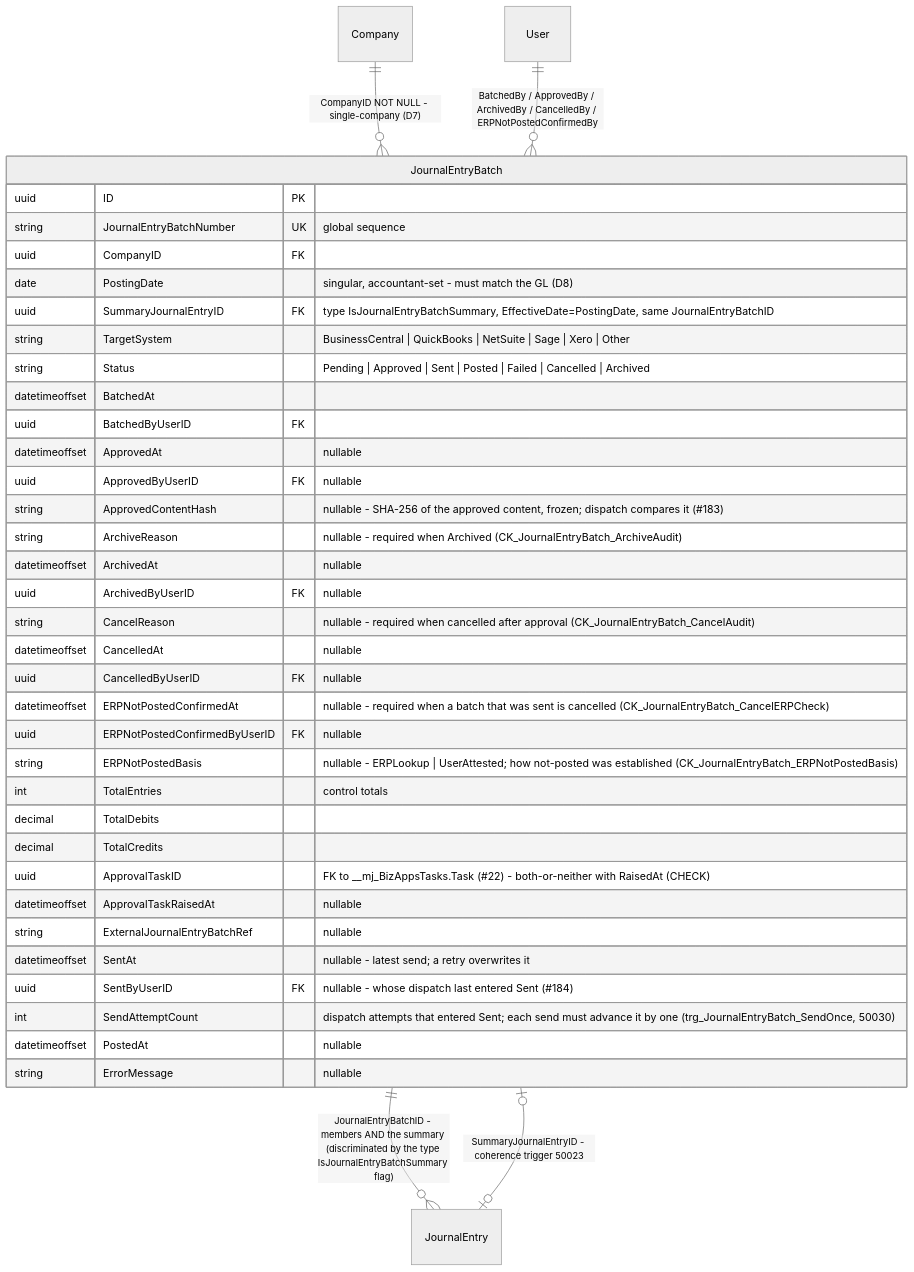
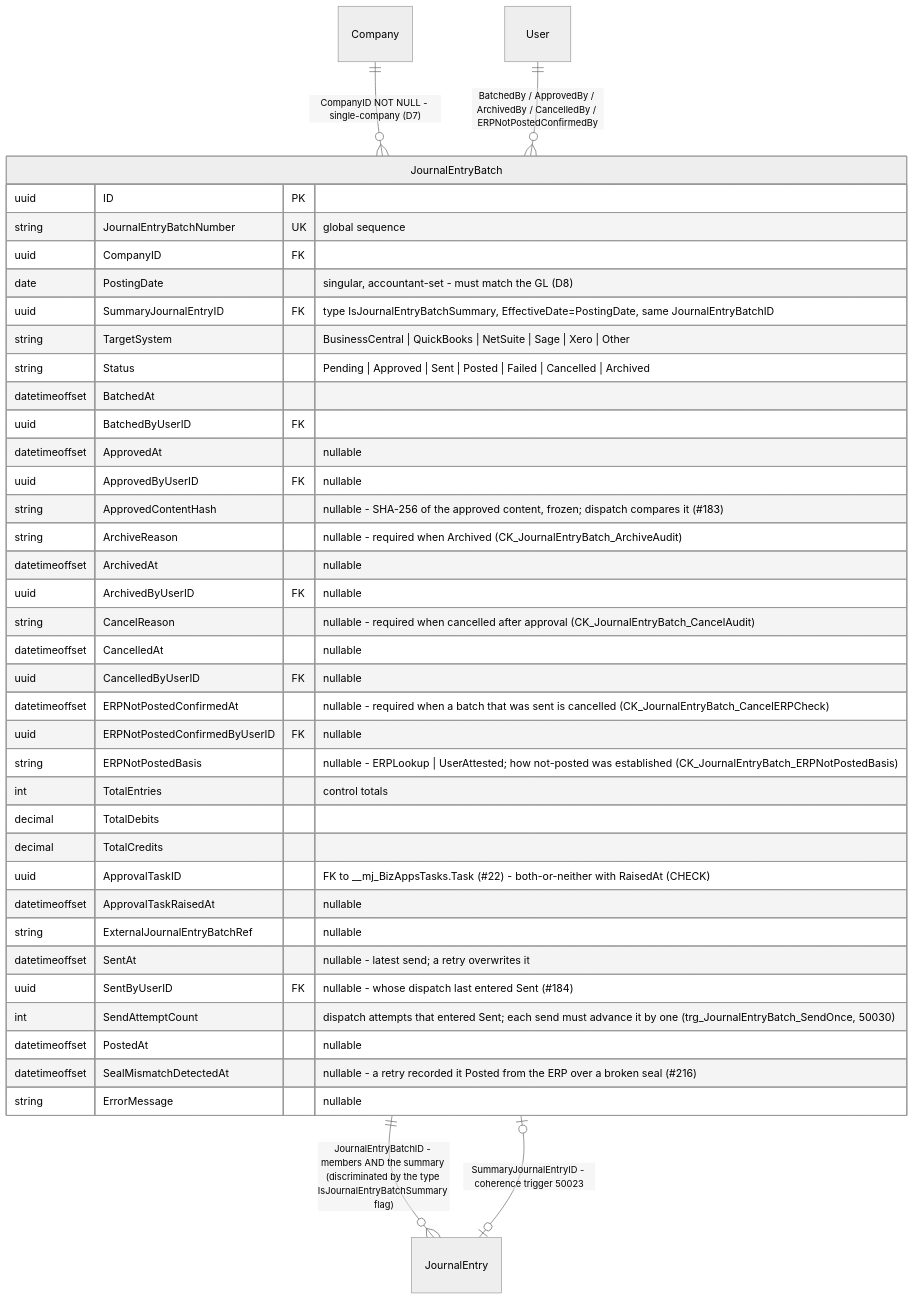
The eighth of 14 diagrams in docs/bizapps-accounting-erd.md (MemberJunction/bizapps-accounting), drawn with Mermaid (neutral theme) before and after one commit. The commit also changed other lines of this file and 16 other files, not shown here.

First line of the commit message:
fix(accounting): a Failed retry records the ERP's posting even over a broken seal (#216)

````diff
--- a/docs/bizapps-accounting-erd.md
+++ b/docs/bizapps-accounting-erd.md
@@ -733,42 +734,43 @@
 ```mermaid
 erDiagram
     Company ||--o{ JournalEntryBatch : "CompanyID NOT NULL - single-company (D7)"
     JournalEntryBatch ||--o{ JournalEntry : "JournalEntryBatchID - members AND the summary (discriminated by the type IsJournalEntryBatchSummary flag)"
     JournalEntryBatch |o--o| JournalEntry : "SummaryJournalEntryID - coherence trigger 50023"
     User ||--o{ JournalEntryBatch : "BatchedBy / ApprovedBy / ArchivedBy / CancelledBy / ERPNotPostedConfirmedBy"
 
     JournalEntryBatch {
         uuid ID PK
         string JournalEntryBatchNumber UK "global sequence"
         uuid CompanyID FK
         date PostingDate "singular, accountant-set - must match the GL (D8)"
         uuid SummaryJournalEntryID FK "type IsJournalEntryBatchSummary, EffectiveDate=PostingDate, same JournalEntryBatchID"
         string TargetSystem "BusinessCentral | QuickBooks | NetSuite | Sage | Xero | Other"
         string Status "Pending | Approved | Sent | Posted | Failed | Cancelled | Archived"
         datetimeoffset BatchedAt
         uuid BatchedByUserID FK
         datetimeoffset ApprovedAt "nullable"
         uuid ApprovedByUserID FK "nullable"
         string ApprovedContentHash "nullable - SHA-256 of the approved content, frozen; dispatch compares it (#183)"
         string ArchiveReason "nullable - required when Archived (CK_JournalEntryBatch_ArchiveAudit)"
         datetimeoffset ArchivedAt "nullable"
         uuid ArchivedByUserID FK "nullable"
         string CancelReason "nullable - required when cancelled after approval (CK_JournalEntryBatch_CancelAudit)"
         datetimeoffset CancelledAt "nullable"
         uuid CancelledByUserID FK "nullable"
         datetimeoffset ERPNotPostedConfirmedAt "nullable - required when a batch that was sent is cancelled (CK_JournalEntryBatch_CancelERPCheck)"
         uuid ERPNotPostedConfirmedByUserID FK "nullable"
         string ERPNotPostedBasis "nullable - ERPLookup | UserAttested; how not-posted was established (CK_JournalEntryBatch_ERPNotPostedBasis)"
         int TotalEntries "control totals"
         decimal TotalDebits
         decimal TotalCredits
         uuid ApprovalTaskID "FK to __mj_BizAppsTasks.Task (#22) - both-or-neither with RaisedAt (CHECK)"
         datetimeoffset ApprovalTaskRaisedAt "nullable"
         string ExternalJournalEntryBatchRef "nullable"
         datetimeoffset SentAt "nullable - latest send; a retry overwrites it"
         uuid SentByUserID FK "nullable - whose dispatch last entered Sent (#184)"
         int SendAttemptCount "dispatch attempts that entered Sent; each send must advance it by one (trg_JournalEntryBatch_SendOnce, 50030)"
         datetimeoffset PostedAt "nullable"
+        datetimeoffset SealMismatchDetectedAt "nullable - a retry recorded it Posted from the ERP over a broken seal (#216)"
         string ErrorMessage "nullable"
     }
 ```
````
